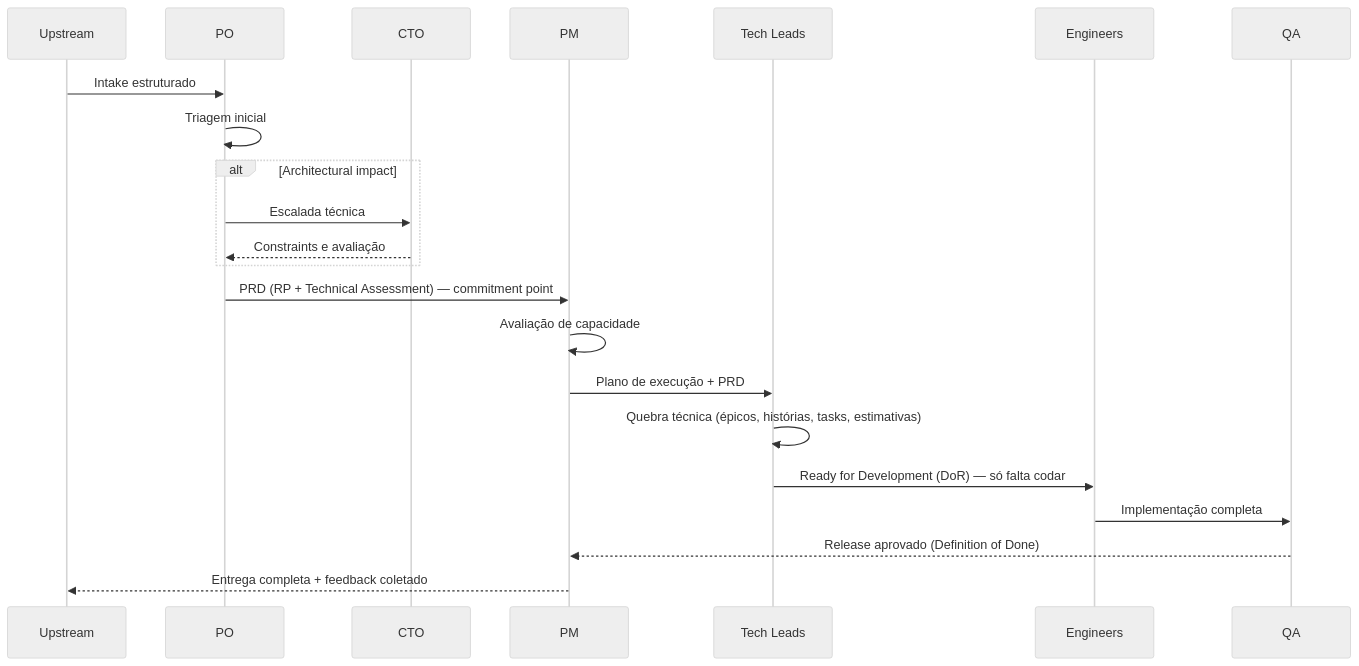
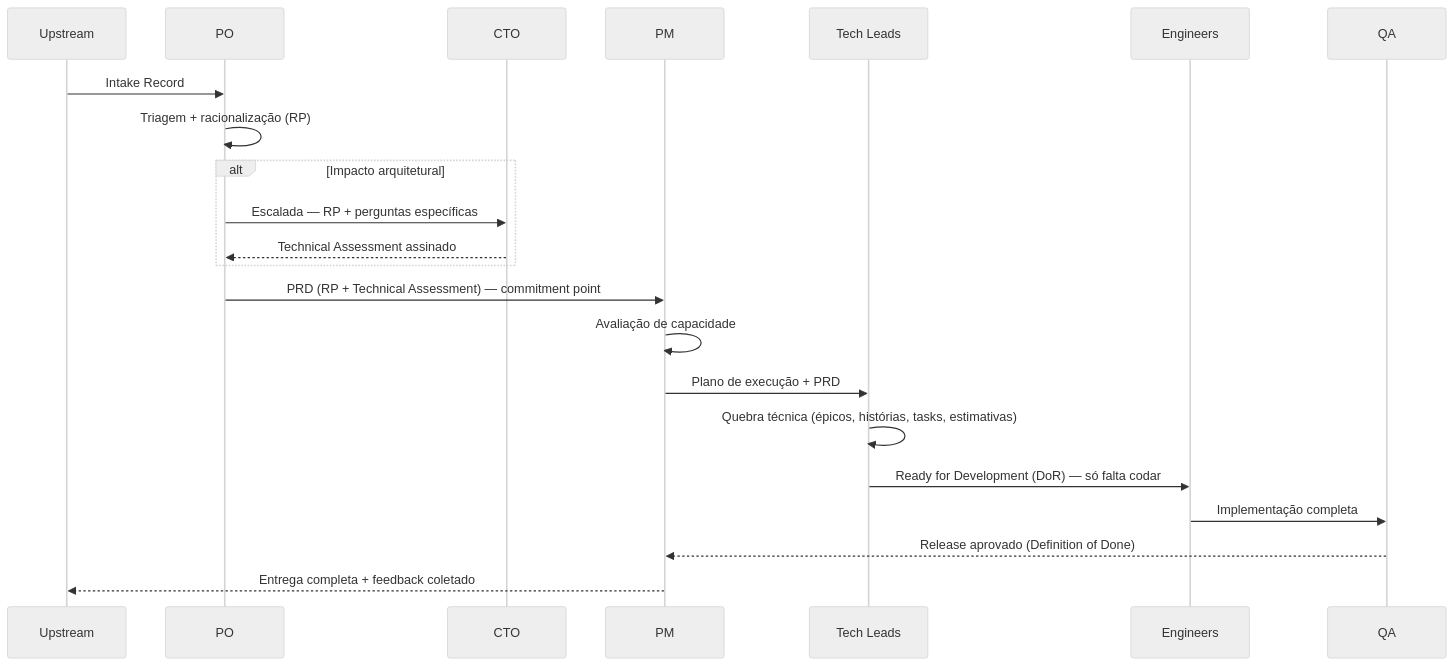
One commit to hugo-hsbtech/teamwork-process changed the eighth of 11 diagrams in README.md. Above: the diagram before and after it, drawn with Mermaid (neutral theme). The commit also changed other lines of this file and 46 other files, not shown here.

````diff
--- a/README.md
+++ b/README.md
@@ -412,25 +412,25 @@
 ```mermaid
 sequenceDiagram
     participant UP as Upstream
     participant PO as PO
     participant CTO as CTO
     participant PM as PM
     participant TL as Tech Leads
     participant ENG as Engineers
     participant QA as QA
 
-    UP->>PO: Intake estruturado
-    PO->>PO: Triagem inicial
-    alt Architectural impact
-        PO->>CTO: Escalada técnica
-        CTO-->>PO: Constraints e avaliação
+    UP->>PO: Intake Record
+    PO->>PO: Triagem + racionalização (RP)
+    alt Impacto arquitetural
+        PO->>CTO: Escalada — RP + perguntas específicas
+        CTO-->>PO: Technical Assessment assinado
     end
     PO->>PM: PRD (RP + Technical Assessment) — commitment point
     PM->>PM: Avaliação de capacidade
     PM->>TL: Plano de execução + PRD
     TL->>TL: Quebra técnica (épicos, histórias, tasks, estimativas)
     TL->>ENG: Ready for Development (DoR) — só falta codar
     ENG->>QA: Implementação completa
     QA-->>PM: Release aprovado (Definition of Done)
     PM-->>UP: Entrega completa + feedback coletado
 ```
````
